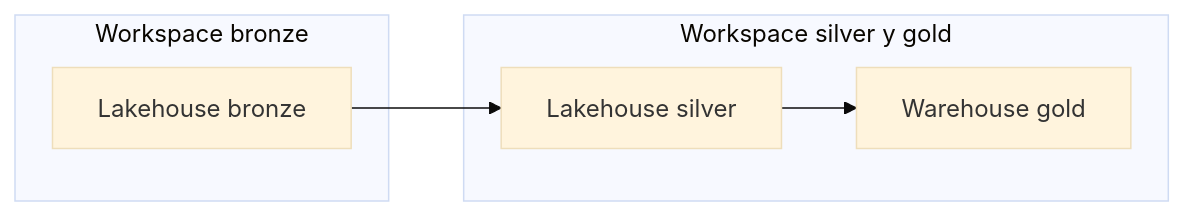
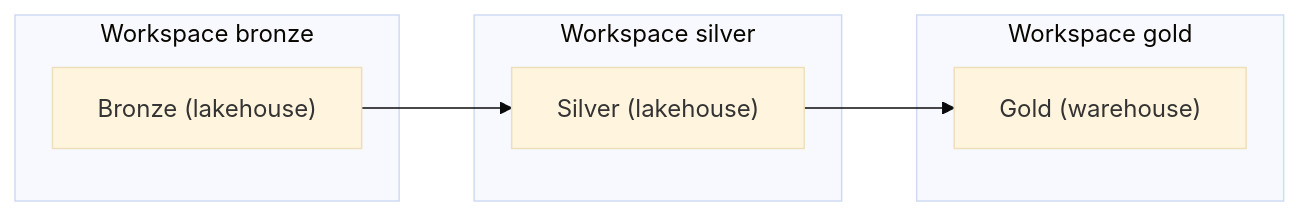
The third of 3 diagrams in content/architectures/medallion-architecture.md (fcp4891/de-knowledge-hub), drawn with Mermaid (base theme) before and after one commit. The commit also changed other lines of this file and 13 other files, not shown here.

````diff
--- a/content/architectures/medallion-architecture.md
+++ b/content/architectures/medallion-architecture.md
@@ -110,12 +110,14 @@
 ```mermaid
 flowchart LR
   subgraph W1["Workspace bronze"]
-    B["Lakehouse bronze"]
+    B["Bronze (lakehouse)"]
   end
-  subgraph W2["Workspace silver y gold"]
-    S["Lakehouse silver"]
-    G["Warehouse gold"]
+  subgraph W2["Workspace silver"]
+    S["Silver (lakehouse)"]
+  end
+  subgraph W3["Workspace gold"]
+    G["Gold (warehouse)"]
   end
   B --> S
   S --> G
 ```
````
